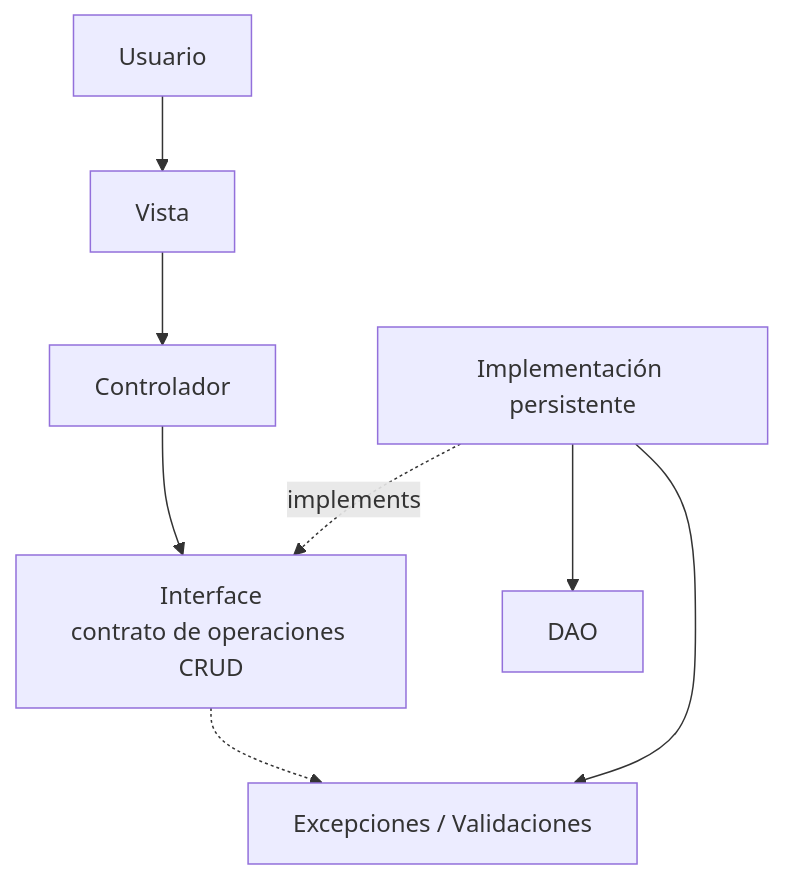
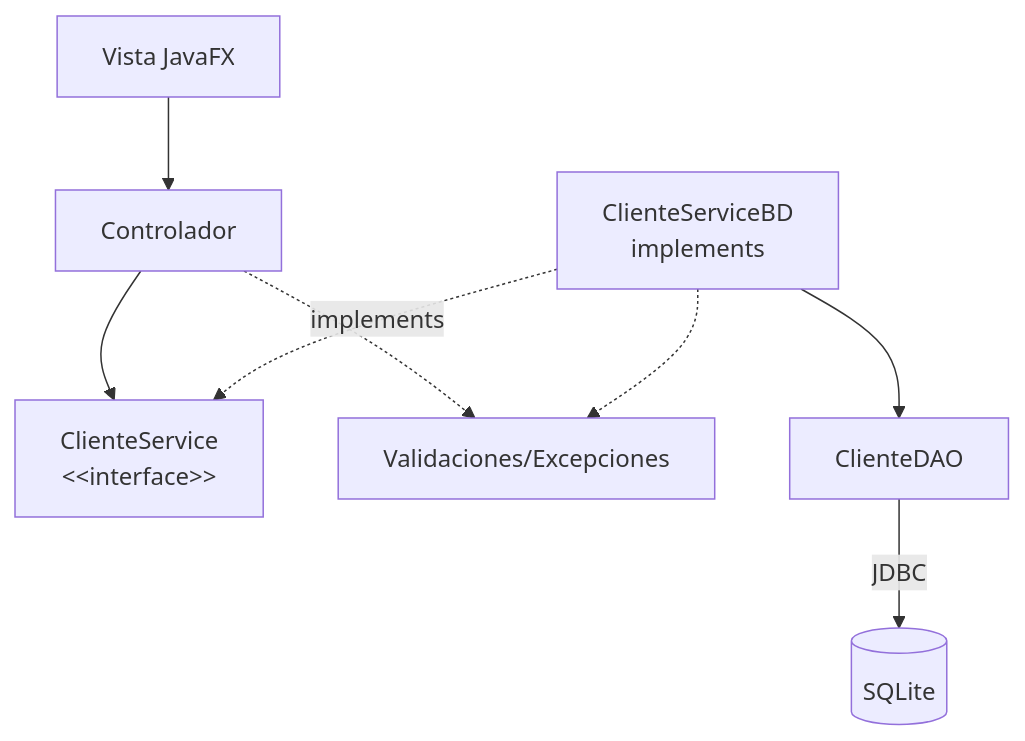
Before and after one commit to 262poo/comarket: the diagram in docs/S11_Validacion_Integracion_Pruebas.md, drawn with Mermaid. The commit also changed other lines of this file and 17 other files, not shown here.

````diff
--- a/docs/S11_Validacion_Integracion_Pruebas.md
+++ b/docs/S11_Validacion_Integracion_Pruebas.md
@@ -50,18 +59,18 @@
 ```mermaid
 flowchart TB
-    Usuario["Usuario"]
-    Vista["Vista"]
+    Vista["Vista JavaFX"]
     Controlador["Controlador"]
-    Contrato["Interface<br/>contrato de operaciones CRUD"]
-    Servicio["Implementación persistente"]
-    Validaciones["Excepciones / Validaciones"]
-    DAO["DAO"]
+    Contrato["ClienteService<br/>&lt;&lt;interface&gt;&gt;"]
+    ServicioBD["ClienteServiceBD<br/>implements"]
+    Validaciones["Validaciones/Excepciones"]
+    DAO["ClienteDAO"]
+    SQLite[("SQLite")]
 
-    Usuario --> Vista
     Vista --> Controlador
     Controlador --> Contrato
-    Servicio -. implements .-> Contrato
-    Contrato -.-> Validaciones
-    Servicio --> Validaciones
-    Servicio --> DAO
+    ServicioBD -. implements .-> Contrato
+    Controlador -.-> Validaciones
+    ServicioBD -.-> Validaciones
+    ServicioBD --> DAO
+    DAO -->|"JDBC"| SQLite
 ```
````
